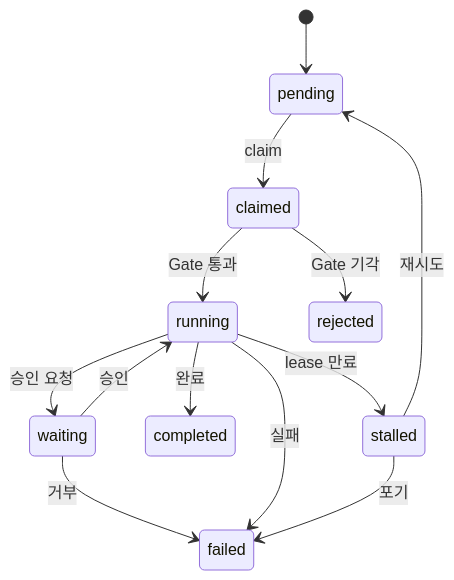
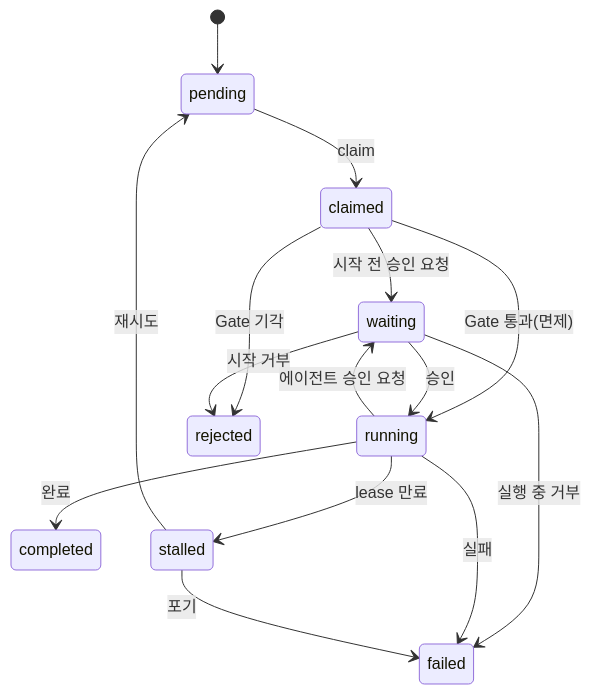
One commit to explorer0113/samdi changed the second of 2 diagrams in README.md. Above: the diagram before and after it, drawn with Mermaid. The commit also changed other lines of this file and 20 other files, not shown here.

````diff
--- a/README.md
+++ b/README.md
@@ -83,15 +83,17 @@
 ```mermaid
 stateDiagram-v2
     [*] --> pending
     pending --> claimed: claim
-    claimed --> running: Gate 통과
+    claimed --> waiting: 시작 전 승인 요청
+    claimed --> running: Gate 통과(면제)
     claimed --> rejected: Gate 기각
-    running --> waiting: 승인 요청
     waiting --> running: 승인
-    waiting --> failed: 거부
+    waiting --> rejected: 시작 거부
+    running --> waiting: 에이전트 승인 요청
+    waiting --> failed: 실행 중 거부
     running --> completed: 완료
     running --> failed: 실패
     running --> stalled: lease 만료
     stalled --> pending: 재시도
     stalled --> failed: 포기
 ```
````
